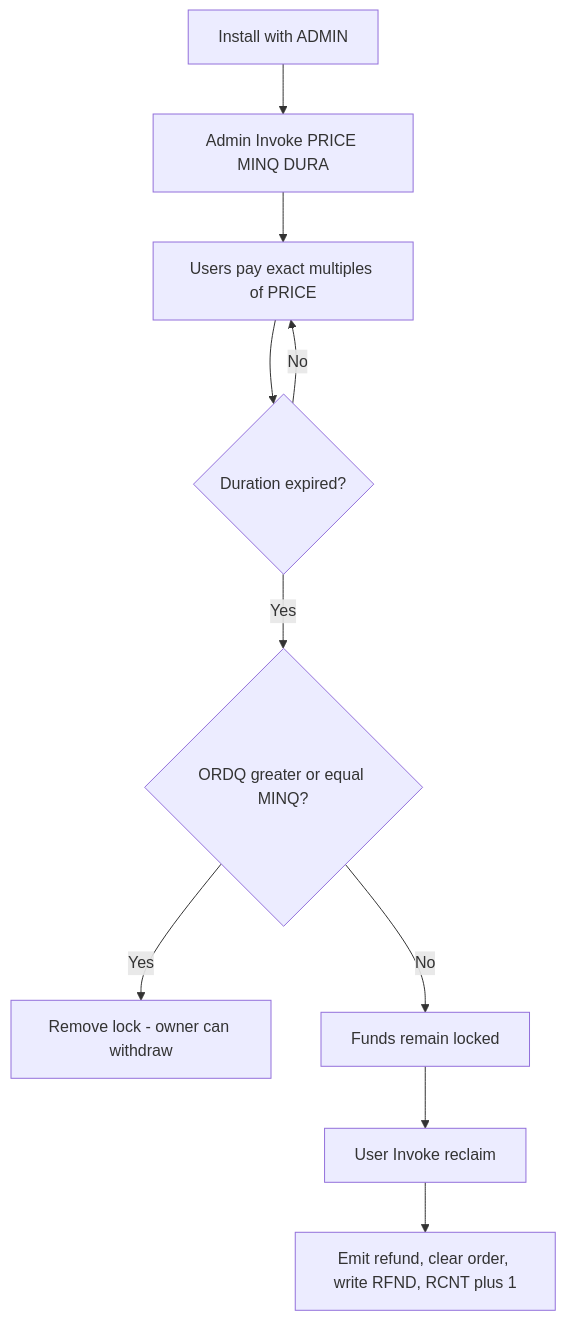
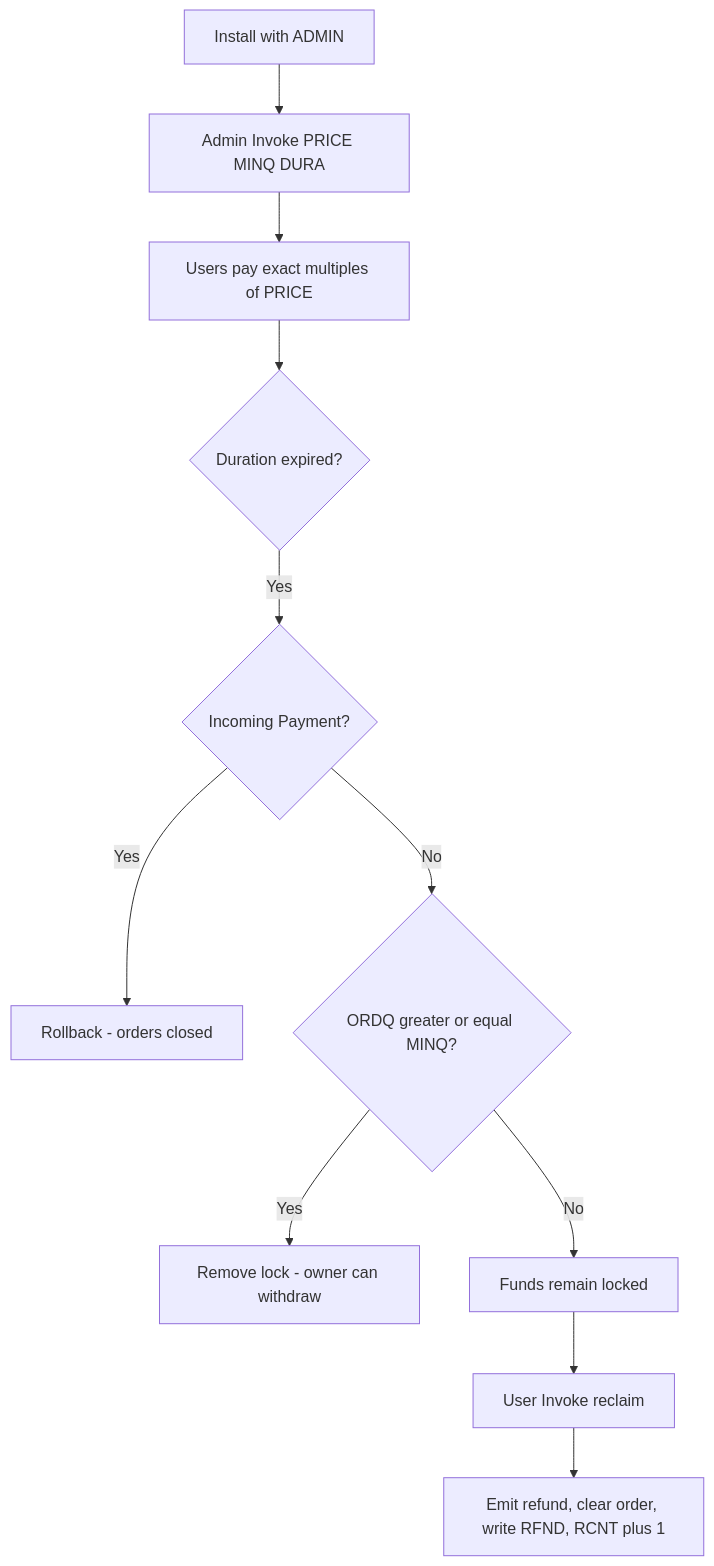
Before and after one commit to Handy4ndy/HandyHooks: the diagram in PreOrder/README.md, drawn with Mermaid. The commit also changed other lines of this file, not shown here.

First line of the commit message:
Enhance README with flowchart updates and reserves info

````diff
--- a/PreOrder/README.md
+++ b/PreOrder/README.md
@@ -12,12 +12,13 @@
 ```mermaid
 flowchart TD
     A[Install with ADMIN] --> B[Admin Invoke PRICE MINQ DURA]
     B --> C[Users pay exact multiples of PRICE]
     C --> D{Duration expired?}
-    D -->|No| C
-    D -->|Yes| E{ORDQ greater or equal MINQ?}
+    D -->|Yes| P{Incoming Payment?}
+    P -->|Yes| R[Rollback - orders closed]
+    P -->|No| E{ORDQ greater or equal MINQ?}
     E -->|Yes| F[Remove lock - owner can withdraw]
     E -->|No| G[Funds remain locked]
     G --> H[User Invoke reclaim]
     H --> I[Emit refund, clear order, write RFND, RCNT plus 1]
 ```
````
